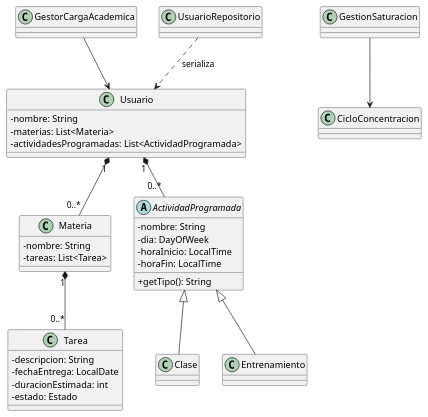
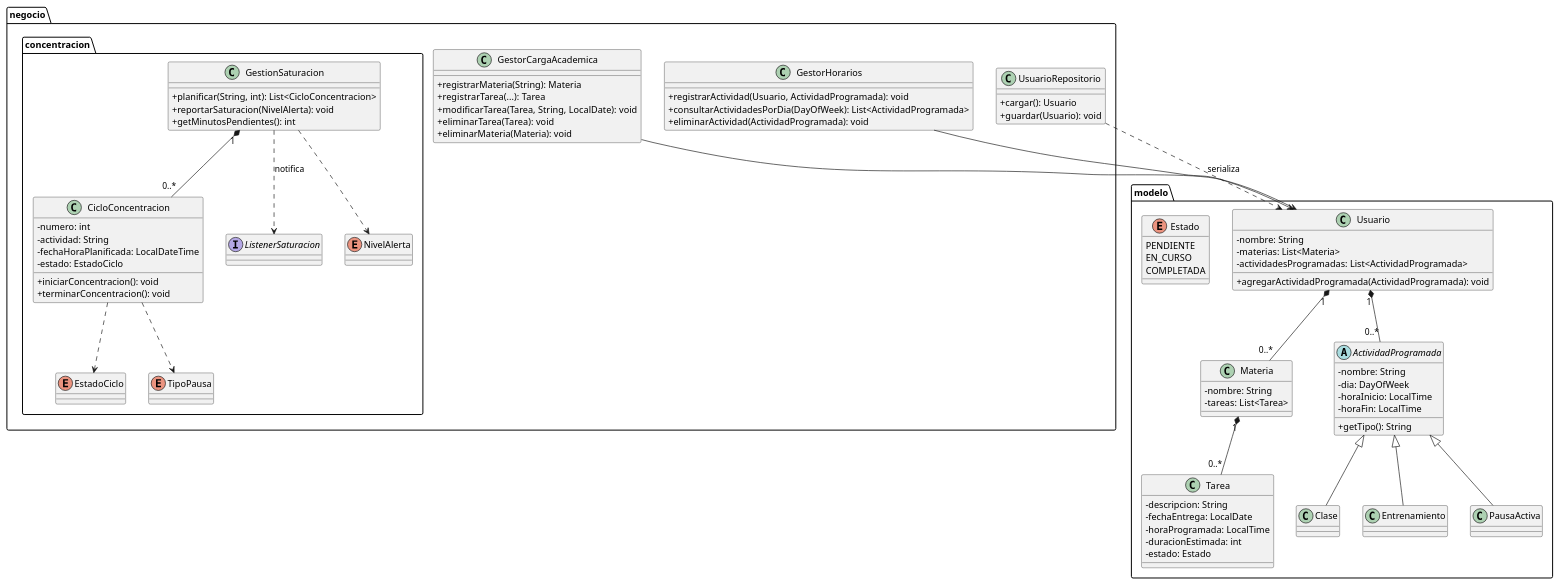
One commit to dgosrra-ui/MindLoad changed the diagram in docs/diagrama-clases.puml. Above: the diagram before and after it, drawn with PlantUML. The commit also changed 10 other files, not shown here.

Commit message:
Documenta la entrega y completa horarios de rutina

```diff
--- a/docs/diagrama-clases.puml
+++ b/docs/diagrama-clases.puml
@@ -1,45 +1,102 @@
 @startuml
 skinparam classAttributeIconSize 0
 
-class Usuario {
-  - nombre: String
-  - materias: List<Materia>
-  - actividadesProgramadas: List<ActividadProgramada>
+package modelo {
+  class Usuario {
+    - nombre: String
+    - materias: List<Materia>
+    - actividadesProgramadas: List<ActividadProgramada>
+    + agregarActividadProgramada(ActividadProgramada): void
+  }
+
+  class Materia {
+    - nombre: String
+    - tareas: List<Tarea>
+  }
+
+  class Tarea {
+    - descripcion: String
+    - fechaEntrega: LocalDate
+    - horaProgramada: LocalTime
+    - duracionEstimada: int
+    - estado: Estado
+  }
+
+  abstract class ActividadProgramada {
+    - nombre: String
+    - dia: DayOfWeek
+    - horaInicio: LocalTime
+    - horaFin: LocalTime
+    + getTipo(): String
+  }
+
+  class Clase
+  class Entrenamiento
+  class PausaActiva
+
+  enum Estado {
+    PENDIENTE
+    EN_CURSO
+    COMPLETADA
+  }
 }
 
-class Materia {
-  - nombre: String
-  - tareas: List<Tarea>
+package negocio {
+  class GestorCargaAcademica {
+    + registrarMateria(String): Materia
+    + registrarTarea(...): Tarea
+    + modificarTarea(Tarea, String, LocalDate): void
+    + eliminarTarea(Tarea): void
+    + eliminarMateria(Materia): void
+  }
+
+  class GestorHorarios {
+    + registrarActividad(Usuario, ActividadProgramada): void
+    + consultarActividadesPorDia(DayOfWeek): List<ActividadProgramada>
+    + eliminarActividad(ActividadProgramada): void
+  }
+
+  class UsuarioRepositorio {
+    + cargar(): Usuario
+    + guardar(Usuario): void
+  }
+
+  package concentracion {
+    class GestionSaturacion {
+      + planificar(String, int): List<CicloConcentracion>
+      + reportarSaturacion(NivelAlerta): void
+      + getMinutosPendientes(): int
+    }
+
+    class CicloConcentracion {
+      - numero: int
+      - actividad: String
+      - fechaHoraPlanificada: LocalDateTime
+      - estado: EstadoCiclo
+      + iniciarConcentracion(): void
+      + terminarConcentracion(): void
+    }
+
+    interface ListenerSaturacion
+    enum NivelAlerta
+    enum EstadoCiclo
+    enum TipoPausa
+  }
 }
-
-class Tarea {
-  - descripcion: String
-  - fechaEntrega: LocalDate
-  - duracionEstimada: int
-  - estado: Estado
-}
-
-abstract class ActividadProgramada {
-  - nombre: String
-  - dia: DayOfWeek
-  - horaInicio: LocalTime
-  - horaFin: LocalTime
-  + getTipo(): String
-}
-
-class Clase
-class Entrenamiento
-class GestorCargaAcademica
-class UsuarioRepositorio
-class GestionSaturacion
-class CicloConcentracion
 
 Usuario "1" *-- "0..*" Materia
 Materia "1" *-- "0..*" Tarea
 Usuario "1" *-- "0..*" ActividadProgramada
 ActividadProgramada <|-- Clase
 ActividadProgramada <|-- Entrenamiento
+ActividadProgramada <|-- PausaActiva
+
 GestorCargaAcademica --> Usuario
+GestorHorarios --> Usuario
 UsuarioRepositorio ..> Usuario : serializa
-GestionSaturacion --> CicloConcentracion
+GestionSaturacion "1" *-- "0..*" CicloConcentracion
+GestionSaturacion ..> ListenerSaturacion : notifica
+GestionSaturacion ..> NivelAlerta
+CicloConcentracion ..> EstadoCiclo
+CicloConcentracion ..> TipoPausa
 @enduml
```
